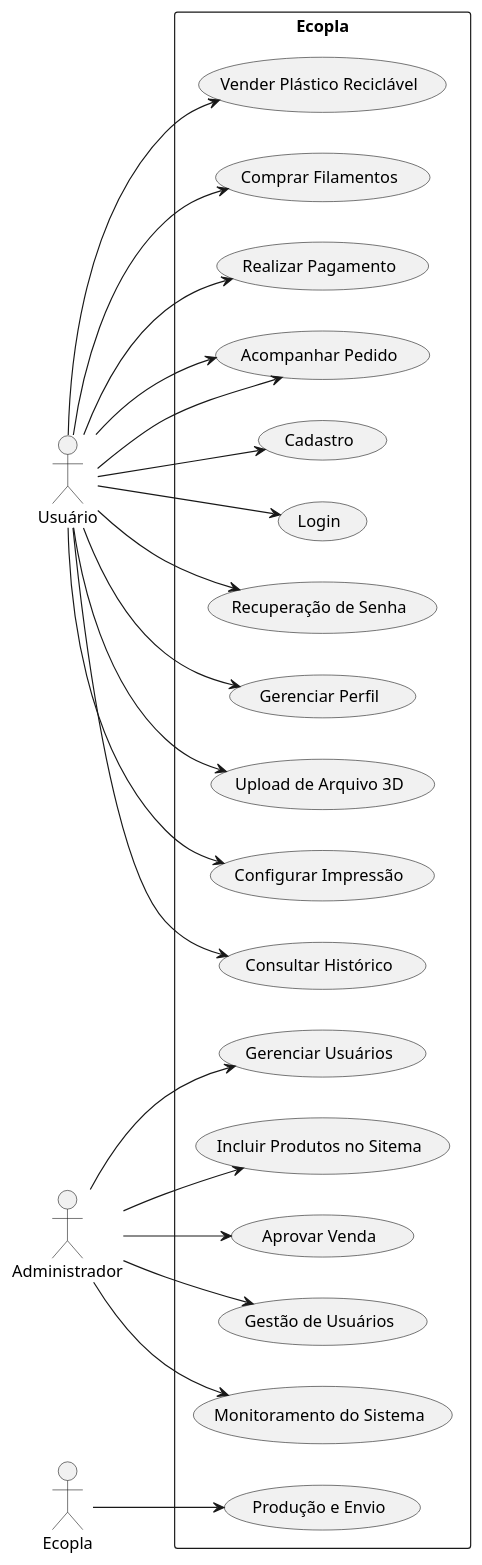
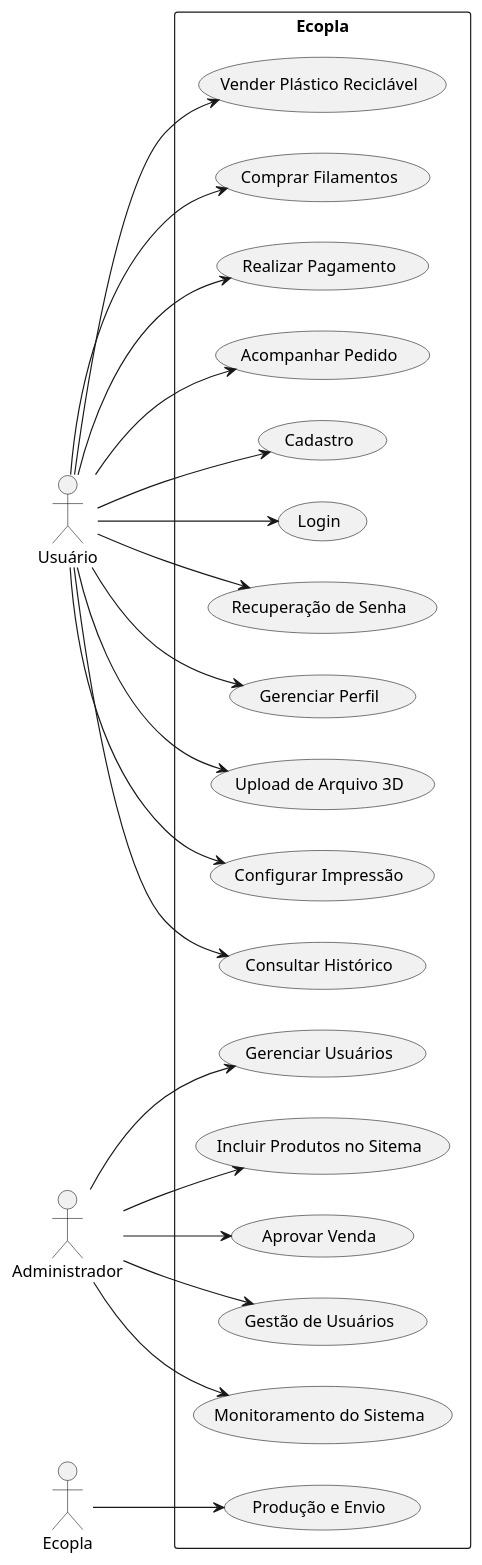
Before and after one commit to zjpza/Ecopla: the diagram in Trabalho/Casos de uso/Geral.md, drawn with PlantUML.

```diff
--- a/Trabalho/Casos de uso/Geral.md
+++ b/Trabalho/Casos de uso/Geral.md
@@ -4,30 +4,29 @@
     @startuml
     left to right direction
 
     actor "Usuário" as User
     actor "Administrador" as Admin
     actor "Ecopla" as System
 
     rectangle "Ecopla" {
       User --> (Vender Plástico Reciclável)
       User --> (Comprar Filamentos)
       User --> (Realizar Pagamento)
       User --> (Acompanhar Pedido)
       User --> (Cadastro)
       User --> (Login)
       User --> (Recuperação de Senha)
       User --> (Gerenciar Perfil)
       User --> (Upload de Arquivo 3D)
       User --> (Configurar Impressão)
-      User --> (Acompanhar Pedido)
       User --> (Consultar Histórico)
 
       Admin --> (Gerenciar Usuários)
       Admin --> (Incluir Produtos no Sitema)
       Admin --> (Aprovar Venda)
       Admin --> (Gestão de Usuários)
       Admin --> (Monitoramento do Sistema)
 
       System --> (Produção e Envio)
 
       @enduml
```
